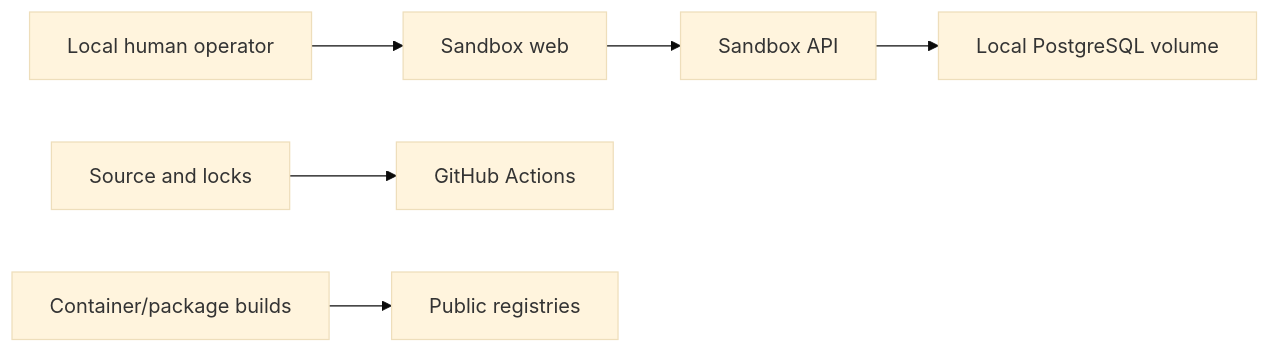
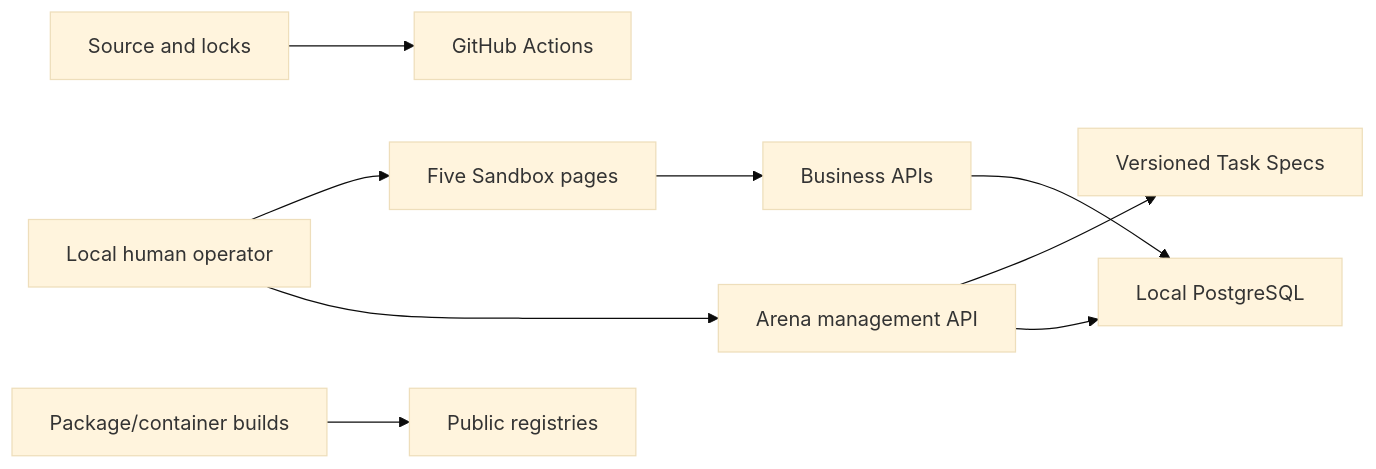
Before and after one commit to taka-wzx/flowpilot-arena: the diagram in docs/threat-model.md, drawn with Mermaid (base theme). The commit also changed other lines of this file and 40 other files, not shown here.

````diff
--- a/docs/threat-model.md
+++ b/docs/threat-model.md
@@ -13,8 +13,11 @@
 ```mermaid
 flowchart LR
-    Human["Local human operator"] --> Web["Sandbox web"]
-    Web --> API["Sandbox API"]
-    API --> DB["Local PostgreSQL volume"]
+    Human["Local human operator"] --> Web["Five Sandbox pages"]
+    Human --> Arena["Arena management API"]
+    Web --> Business["Business APIs"]
+    Arena --> Catalog["Versioned Task Specs"]
+    Arena --> DB["Local PostgreSQL"]
+    Business --> DB
     Repo["Source and locks"] --> CI["GitHub Actions"]
-    Build["Container/package builds"] --> Registries["Public registries"]
+    Build["Package/container builds"] --> Registries["Public registries"]
 ```
````
